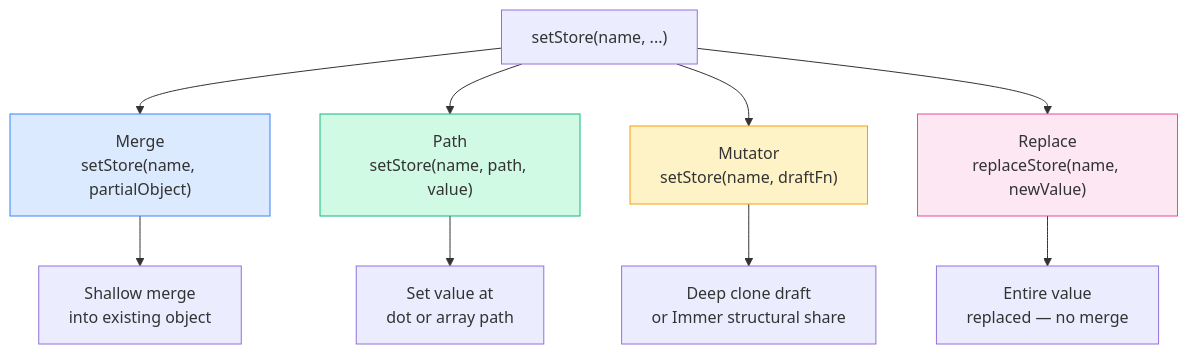
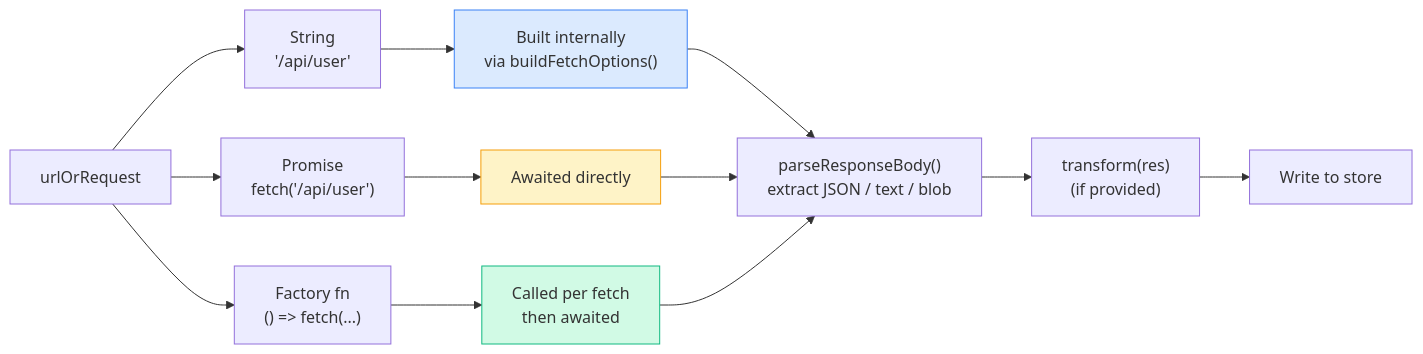
Before and after one commit to Himesh-Bhattarai/stroid: the second of 8 diagrams in docs/ASYNC/index.md, drawn with Mermaid. The commit also changed other lines of this file and 2 other files, not shown here.

````diff
--- a/docs/ASYNC/index.md
+++ b/docs/ASYNC/index.md
@@ -153,19 +255,20 @@
 ```mermaid
-flowchart TD
-    SET["setStore(name, ...)"]
+flowchart LR
+    INPUT["urlOrRequest"]
 
-    SET --> M1["Merge\nsetStore(name, partialObject)"]
-    SET --> M2["Path\nsetStore(name, path, value)"]
-    SET --> M3["Mutator\nsetStore(name, draftFn)"]
-    SET --> M4["Replace\nreplaceStore(name, newValue)"]
+    INPUT --> S["String\n'/api/user'"]
+    INPUT --> P["Promise\nfetch('/api/user')"]
+    INPUT --> F["Factory fn\n() => fetch(...)"]
 
-    M1 --> R1["Shallow merge\ninto existing object"]
-    M2 --> R2["Set value at\ndot or array path"]
-    M3 --> R3["Deep clone draft\nor Immer structural share"]
-    M4 --> R4["Entire value\nreplaced — no merge"]
+    S --> BUILT["Built internally\nvia buildFetchOptions()"]
+    P --> AWAIT["Awaited directly"]
+    F --> CALLED["Called per fetch\nthen awaited"]
 
-    style M1 fill:#dbeafe,stroke:#3b82f6
-    style M2 fill:#d1fae5,stroke:#10b981
-    style M3 fill:#fef3c7,stroke:#f59e0b
-    style M4 fill:#fce7f3,stroke:#ec4899
+    BUILT & AWAIT & CALLED --> PARSE["parseResponseBody()\nextract JSON / text / blob"]
+    PARSE --> TRANSFORM["transform(res)\n(if provided)"]
+    TRANSFORM --> WRITE["Write to store"]
+
+    style BUILT fill:#dbeafe,stroke:#3b82f6
+    style AWAIT fill:#fef3c7,stroke:#f59e0b
+    style CALLED fill:#d1fae5,stroke:#10b981
 ```
````
